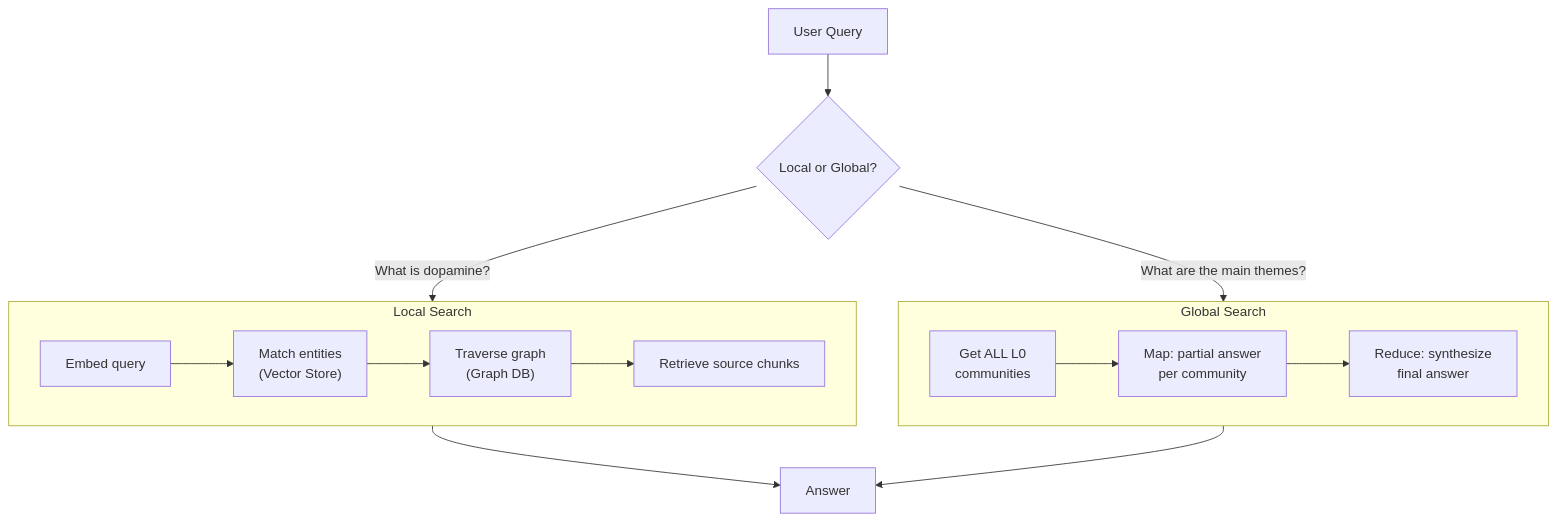
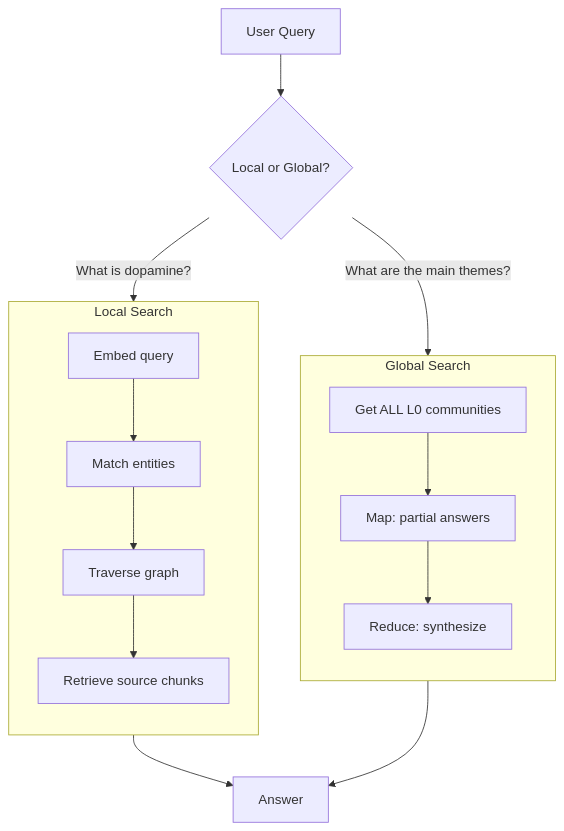
One commit to crlsrmrlsz/raglab changed the second of 2 diagrams in docs/preprocessing/graphrag.md. Above: the diagram before and after it, drawn with Mermaid. The commit also changed other lines of this file, not shown here.

Commit message:
docs(graphrag): make mermaid diagrams vertical (TB)
- Change indexing diagram from LR to TB
- Add explicit direction TB to query phase subgraphs
- Clean up label text (remove \n line breaks)

````diff
--- a/docs/preprocessing/graphrag.md
+++ b/docs/preprocessing/graphrag.md
@@ -53,21 +53,23 @@
 ```mermaid
 flowchart TB
     Q[User Query] --> CLS{Local or Global?}
 
     CLS -->|"What is dopamine?"| LOCAL
     CLS -->|"What are the main themes?"| GLOBAL
 
     subgraph LOCAL[Local Search]
-        L1["Embed query"] --> L2["Match entities\n(Vector Store)"]
-        L2 --> L3["Traverse graph\n(Graph DB)"]
-        L3 --> L4["Retrieve source chunks"]
+        direction TB
+        L1[Embed query] --> L2[Match entities]
+        L2 --> L3[Traverse graph]
+        L3 --> L4[Retrieve source chunks]
     end
 
     subgraph GLOBAL[Global Search]
-        G1["Get ALL L0\ncommunities"] --> G2["Map: partial answer\nper community"]
-        G2 --> G3["Reduce: synthesize\nfinal answer"]
+        direction TB
+        G1[Get ALL L0 communities] --> G2[Map: partial answers]
+        G2 --> G3[Reduce: synthesize]
     end
 
     LOCAL --> ANS[Answer]
     GLOBAL --> ANS
 ```
````
